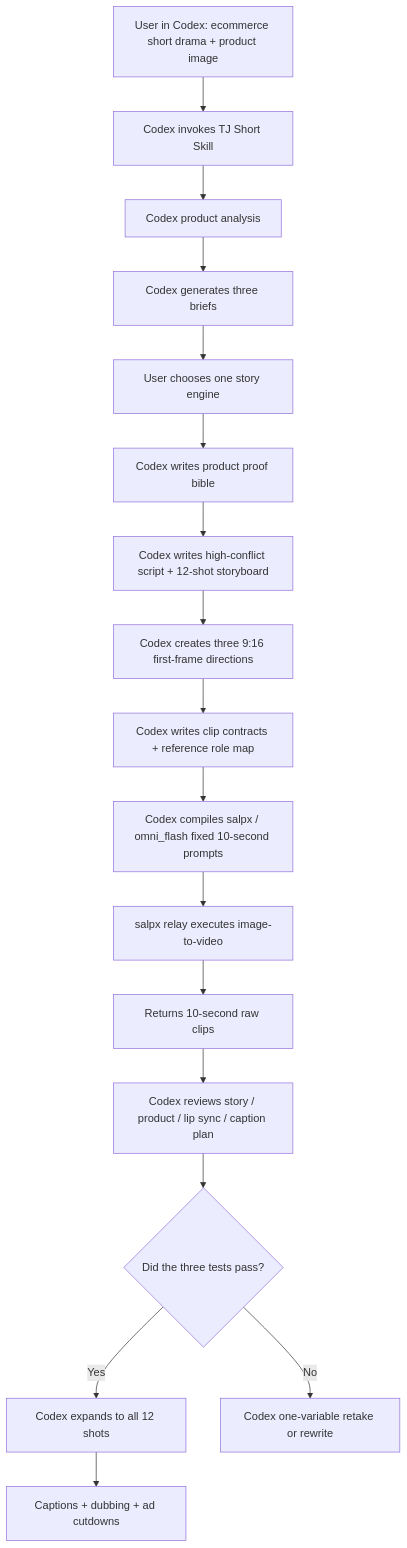
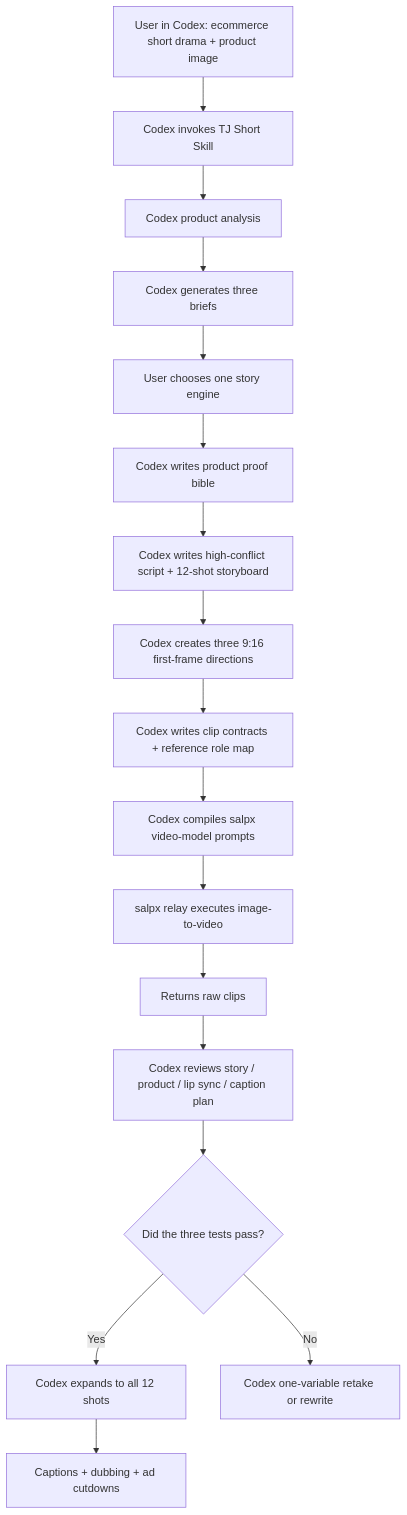
Before and after one commit to tttg2010/tj-short: the diagram in README.en.md, drawn with Mermaid. The commit also changed other lines of this file and 5 other files, not shown here.

````diff
--- a/README.en.md
+++ b/README.en.md
@@ -100,19 +113,19 @@
 ```mermaid
 flowchart TD
   A["User in Codex: ecommerce short drama + product image"] --> B["Codex invokes TJ Short Skill"]
   B --> C["Codex product analysis"]
   C --> D["Codex generates three briefs"]
   D --> E["User chooses one story engine"]
   E --> F["Codex writes product proof bible"]
   F --> G["Codex writes high-conflict script + 12-shot storyboard"]
   G --> H["Codex creates three 9:16 first-frame directions"]
   H --> I["Codex writes clip contracts + reference role map"]
-  I --> J["Codex compiles salpx / omni_flash fixed 10-second prompts"]
+  I --> J["Codex compiles salpx video-model prompts"]
   J --> K["salpx relay executes image-to-video"]
-  K --> L["Returns 10-second raw clips"]
+  K --> L["Returns raw clips"]
   L --> M["Codex reviews story / product / lip sync / caption plan"]
   M --> N{"Did the three tests pass?"}
   N -- "Yes" --> O["Codex expands to all 12 shots"]
   N -- "No" --> P["Codex one-variable retake or rewrite"]
   O --> Q["Captions + dubbing + ad cutdowns"]
 ```
````
